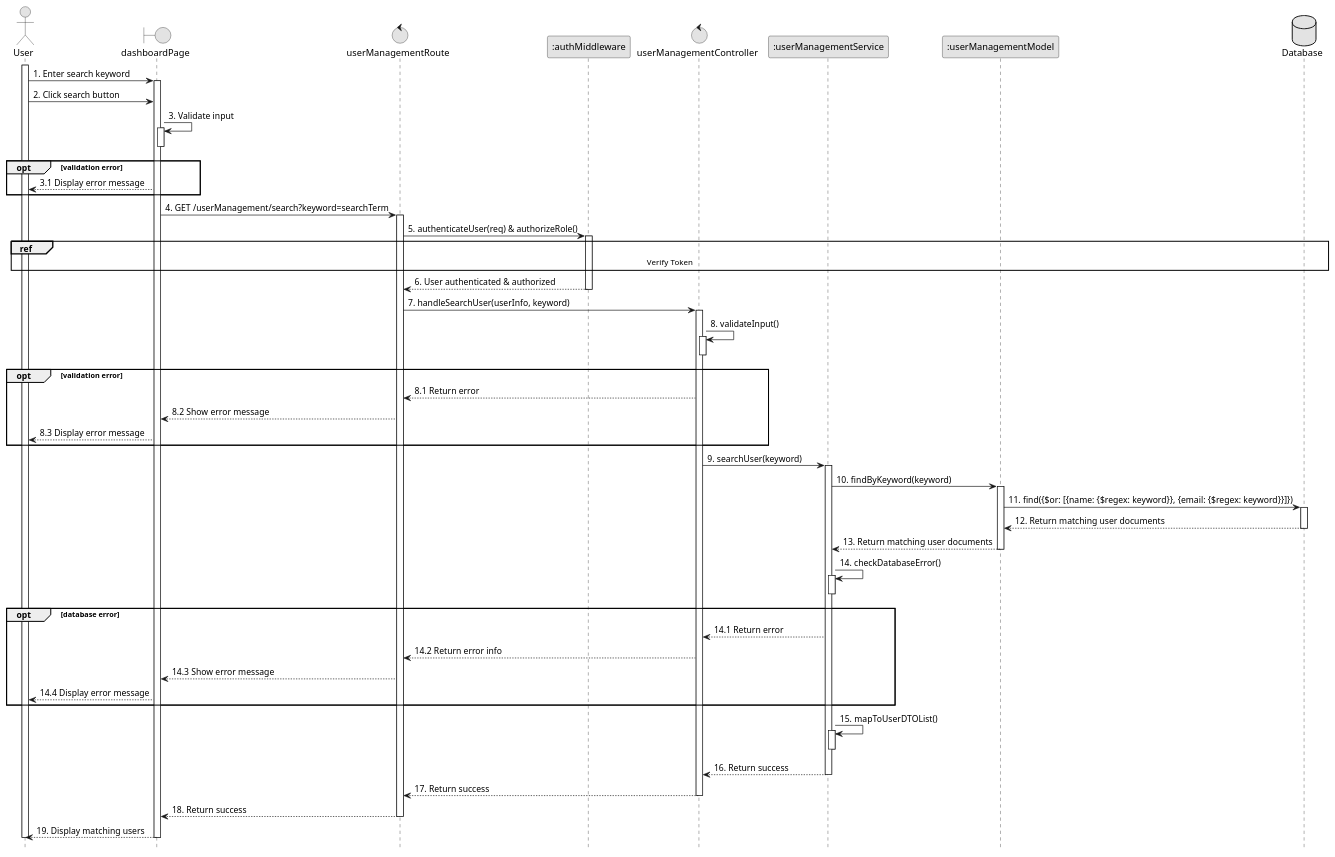
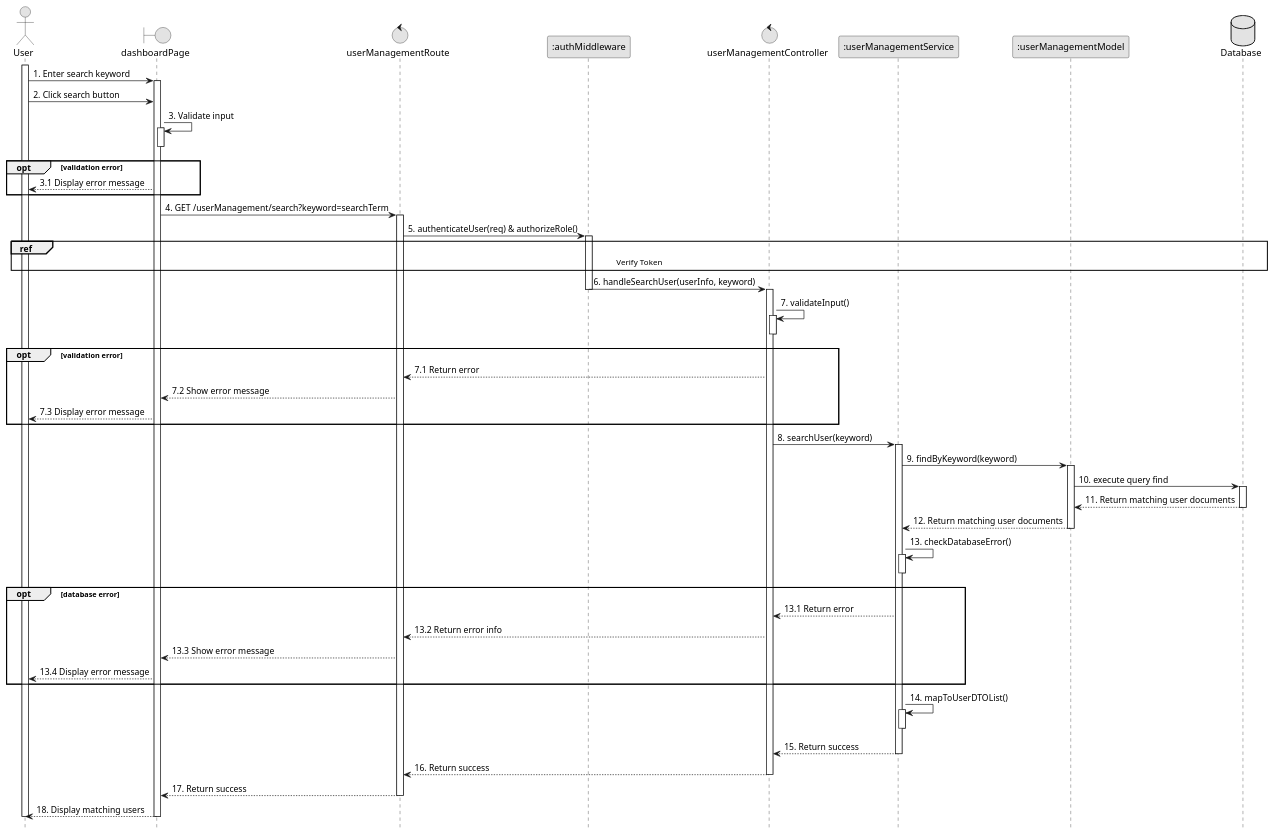
Before and after one commit to VietDurian/VietDurian: the diagram in planuml/web/12.2_searchUser.puml, drawn with PlantUML. The commit also changed 22 other files, not shown here.

Commit message:
ViVLT: Edit sequences

```diff
--- a/planuml/web/12.2_searchUser.puml
+++ b/planuml/web/12.2_searchUser.puml
@@ -1,75 +1,74 @@
 @startuml 12.2_searchUser
 skinparam monochrome true
 skinparam shadowing false
 skinparam sequenceArrowThickness 1
 hide footbox
 
 actor User
 boundary dashboardPage as UI
 control userManagementRoute as Route
 participant ":authMiddleware" as Middleware
 control userManagementController as Controller
 participant ":userManagementService" as Service
 participant ":userManagementModel" as Model
 database Database as DB
 
 activate User
 User -> UI : 1. Enter search keyword
 activate UI
 User -> UI : 2. Click search button
 UI -> UI : 3. Validate input
 activate UI
 deactivate UI
 opt validation error
     UI --> User : 3.1 Display error message
 end
 UI -> Route : 4. GET /userManagement/search?keyword=searchTerm
 activate Route
 Route -> Middleware : 5. authenticateUser(req) & authorizeRole()
 activate Middleware
 ref over User, DB: Verify Token
-Middleware --> Route : 6. User authenticated & authorized
+Middleware -> Controller : 6. handleSearchUser(userInfo, keyword)
 deactivate Middleware
-Route -> Controller : 7. handleSearchUser(userInfo, keyword)
 activate Controller
-Controller -> Controller : 8. validateInput()
+Controller -> Controller : 7. validateInput()
 activate Controller
 deactivate Controller
 opt validation error
-    Controller --> Route : 8.1 Return error
-    Route --> UI : 8.2 Show error message
-    UI --> User : 8.3 Display error message
+    Controller --> Route : 7.1 Return error
+    Route --> UI : 7.2 Show error message
+    UI --> User : 7.3 Display error message
 end
-Controller -> Service : 9. searchUser(keyword)
+Controller -> Service : 8. searchUser(keyword)
 activate Service
-Service -> Model : 10. findByKeyword(keyword)
+Service -> Model : 9. findByKeyword(keyword)
 activate Model
-Model -> DB : 11. find({$or: [{name: {$regex: keyword}}, {email: {$regex: keyword}}]})
+Model -> DB : 10. execute query find
 activate DB
-DB --> Model : 12. Return matching user documents
+DB --> Model : 11. Return matching user documents
 deactivate DB
-Model --> Service : 13. Return matching user documents
+Model --> Service : 12. Return matching user documents
 deactivate Model
-Service -> Service : 14. checkDatabaseError()
+Service -> Service : 13. checkDatabaseError()
 activate Service
 deactivate Service
 opt database error
-    Service --> Controller : 14.1 Return error
-    Controller --> Route : 14.2 Return error info
-    Route --> UI : 14.3 Show error message
-    UI --> User : 14.4 Display error message
+    Service --> Controller : 13.1 Return error
+    Controller --> Route : 13.2 Return error info
+    Route --> UI : 13.3 Show error message
+    UI --> User : 13.4 Display error message
 end
-Service -> Service : 15. mapToUserDTOList()
+Service -> Service : 14. mapToUserDTOList()
 activate Service
 deactivate Service
-Service --> Controller : 16. Return success
+Service --> Controller : 15. Return success
 deactivate Service
-Controller --> Route : 17. Return success
+Controller --> Route : 16. Return success
 deactivate Controller
-Route --> UI : 18. Return success
+Route --> UI : 17. Return success
 deactivate Route
-UI --> User : 19. Display matching users
+UI --> User : 18. Display matching users
 deactivate UI
 deactivate User
 
 @enduml
```
